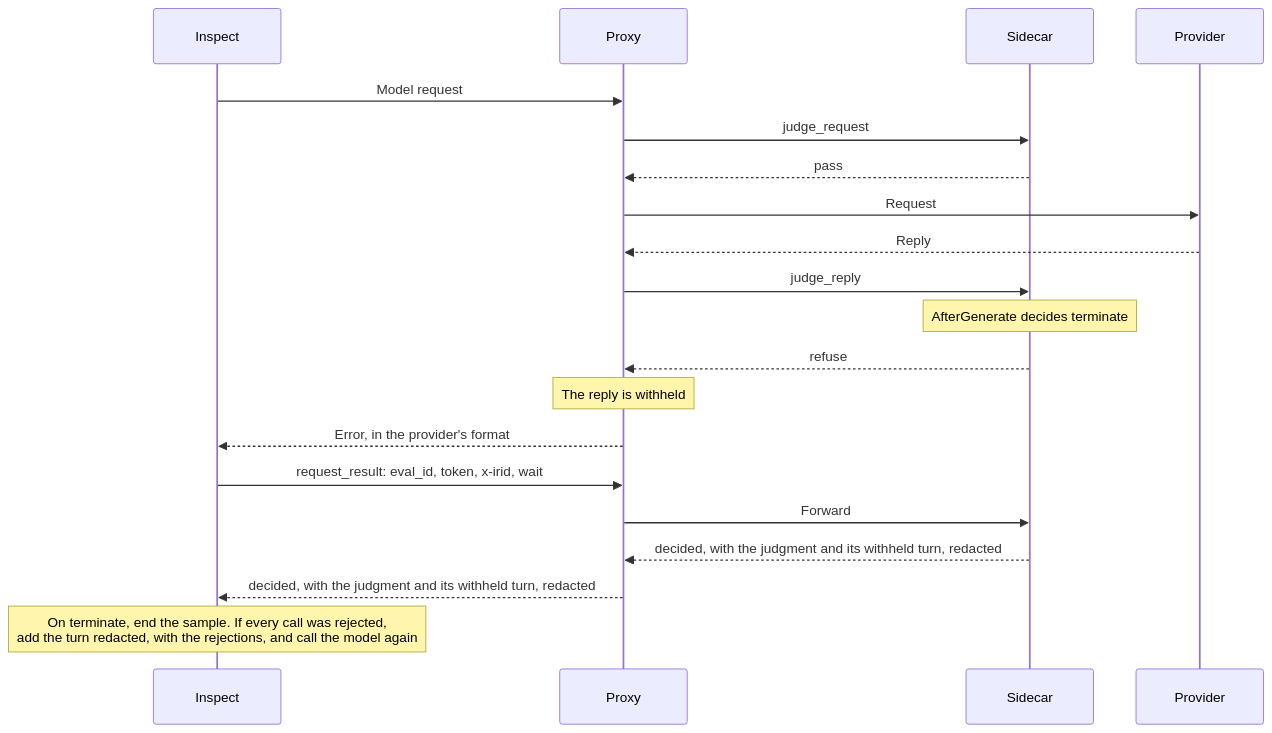
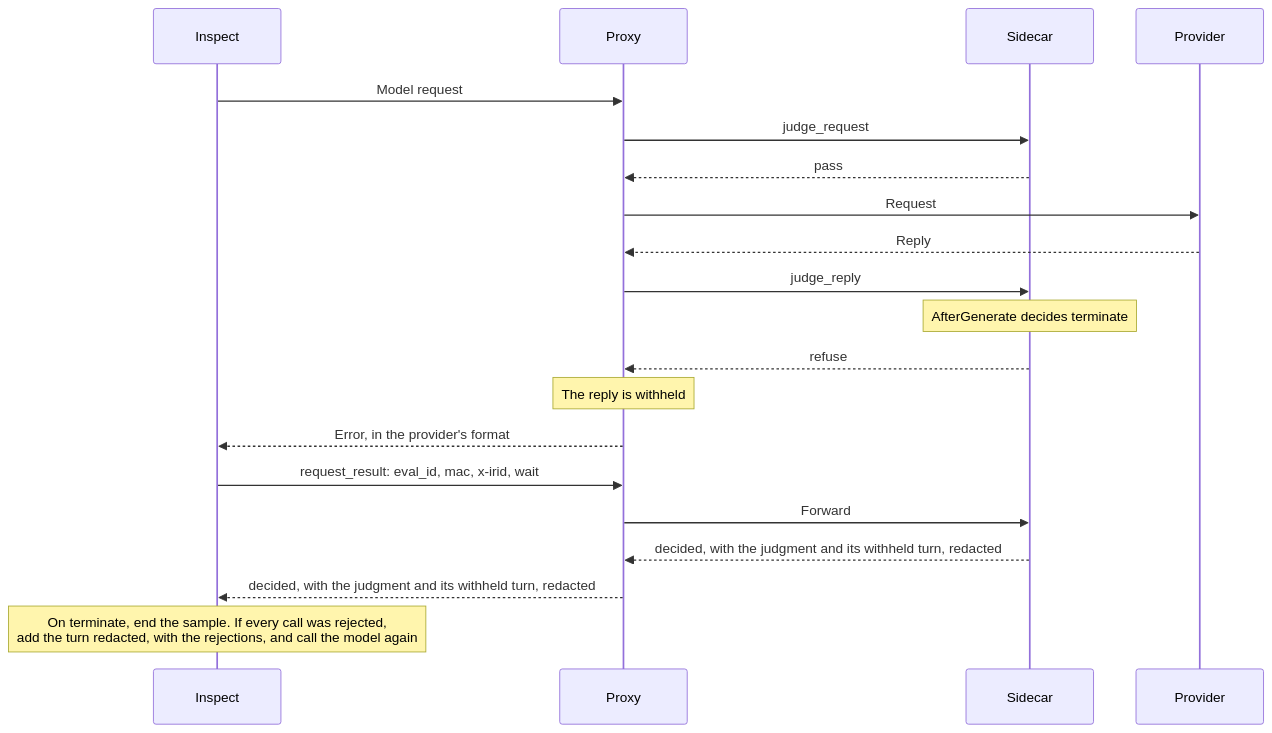
Before and after one commit to meridianlabs-ai/inspect_sentinel: the sixth of 9 diagrams in design/sidecar.md, drawn with Mermaid. The commit also changed other lines of this file and 25 other files, not shown here.

````diff
--- a/design/sidecar.md
+++ b/design/sidecar.md
@@ -1110,22 +1153,22 @@
 ```mermaid
 sequenceDiagram
     participant I as Inspect
     participant P as Proxy
     participant S as Sidecar
     participant M as Provider
     I->>P: Model request
     P->>S: judge_request
     S-->>P: pass
     P->>M: Request
     M-->>P: Reply
     P->>S: judge_reply
     Note over S: AfterGenerate decides terminate
     S-->>P: refuse
     Note over P: The reply is withheld
     P-->>I: Error, in the provider's format
-    I->>P: request_result: eval_id, token, x-irid, wait
+    I->>P: request_result: eval_id, mac, x-irid, wait
     P->>S: Forward
     S-->>P: decided, with the judgment and its withheld turn, redacted
     P-->>I: decided, with the judgment and its withheld turn, redacted
     Note over I: On terminate, end the sample. If every call was rejected,<br/>add the turn redacted, with the rejections, and call the model again
 ```
````
